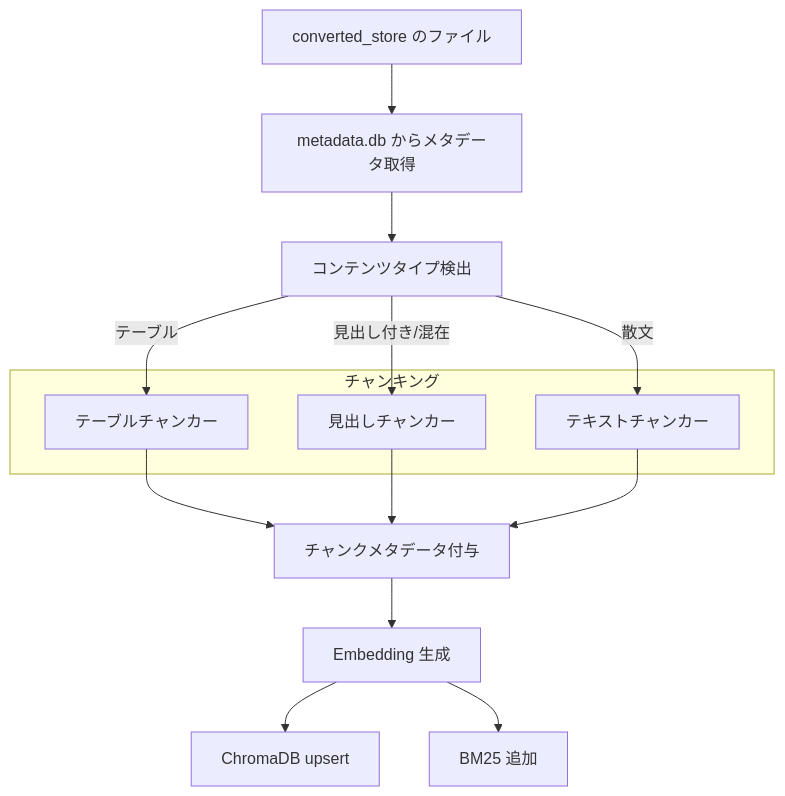
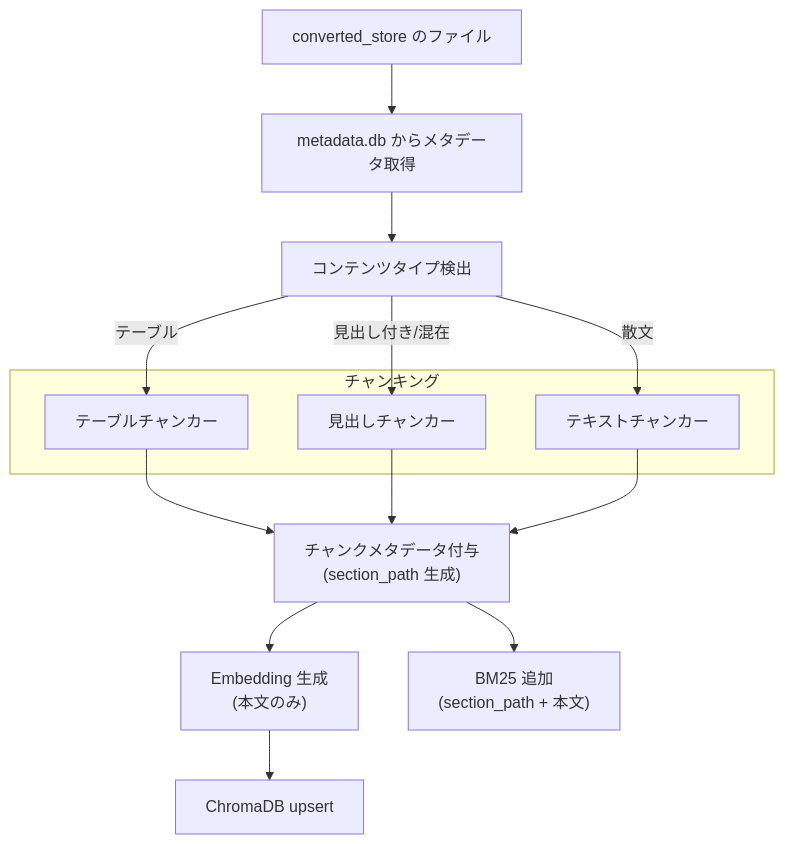
Before and after one commit to becky3/rag-knowledge: the first of 2 diagrams in docs/specs/indexer.md, drawn with Mermaid. The commit also changed other lines of this file and 1 other file, not shown here.

````diff
--- a/docs/specs/indexer.md
+++ b/docs/specs/indexer.md
@@ -205,26 +201,26 @@
 ```mermaid
 flowchart TD
     INPUT["converted_store のファイル"]
     META["metadata.db からメタデータ取得"]
     DETECT["コンテンツタイプ検出"]
     INPUT --> META
     META --> DETECT
 
     subgraph CHUNKING["チャンキング"]
         TABLE["テーブルチャンカー"]
         HEADING["見出しチャンカー"]
         PROSE["テキストチャンカー"]
     end
 
     DETECT -->|テーブル| TABLE
     DETECT -->|見出し付き/混在| HEADING
     DETECT -->|散文| PROSE
 
-    TABLE --> METADATA["チャンクメタデータ付与"]
+    TABLE --> METADATA["チャンクメタデータ付与<br>(section_path 生成)"]
     HEADING --> METADATA
     PROSE --> METADATA
 
-    METADATA --> EMBED["Embedding 生成"]
+    METADATA --> EMBED["Embedding 生成<br>(本文のみ)"]
+    METADATA --> BM25_ADD["BM25 追加<br>(section_path + 本文)"]
     EMBED --> CHROMA["ChromaDB upsert"]
-    EMBED --> BM25_ADD["BM25 追加"]
 ```
````
